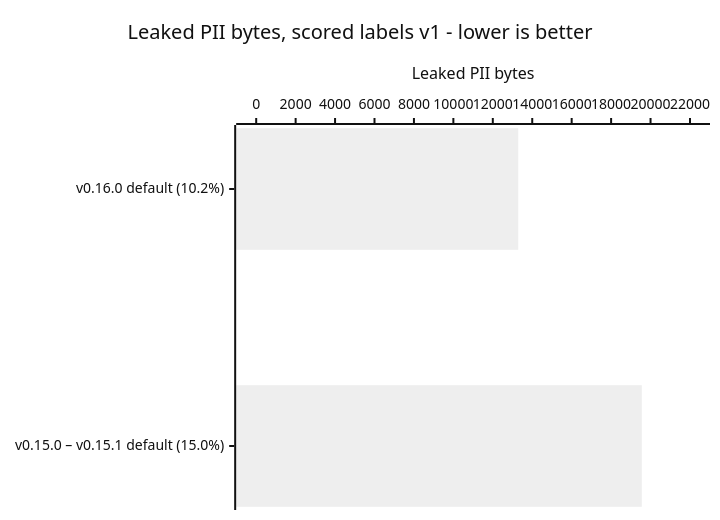
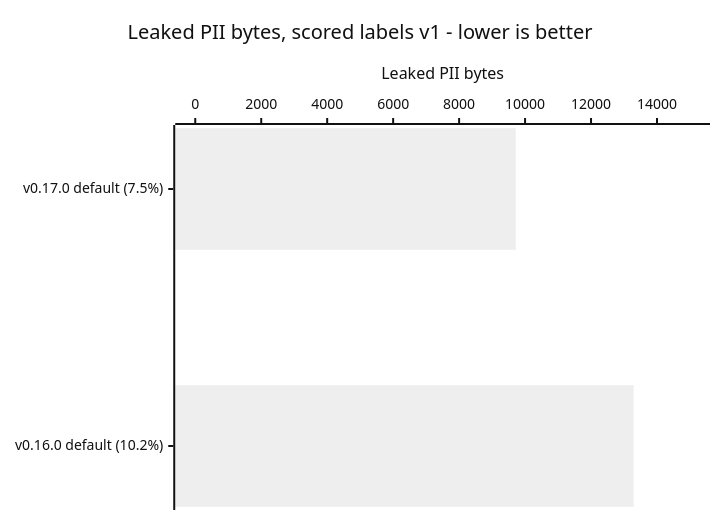
The tenth of 12 diagrams in docs/reference/benchmarks/README.md (CertaMesh/gaze), drawn with Mermaid (neutral theme) before and after one commit. The commit also changed other lines of this file and 26 other files, not shown here.

````diff
--- a/docs/reference/benchmarks/README.md
+++ b/docs/reference/benchmarks/README.md
@@ -587,7 +674,7 @@
 ```mermaid
 xychart-beta horizontal
     title "Leaked PII bytes, scored labels v1 - lower is better"
-    x-axis ["v0.16.0 default (10.2%)", "v0.15.0 – v0.15.1 default (15.0%)"]
-    y-axis "Leaked PII bytes" 0 --> 22000
-    bar [13291, 19556]
+    x-axis ["v0.17.0 default (7.5%)", "v0.16.0 default (10.2%)"]
+    y-axis "Leaked PII bytes" 0 --> 15000
+    bar [9717, 13291]
 ```
````
